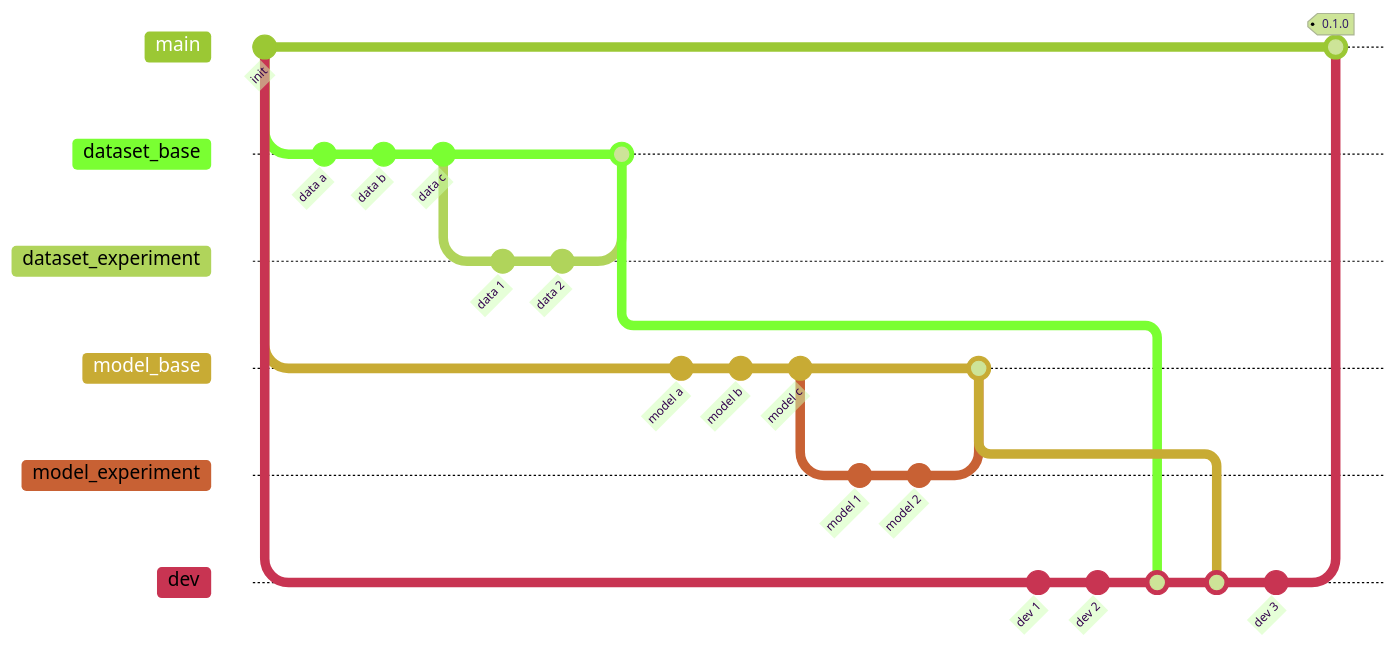
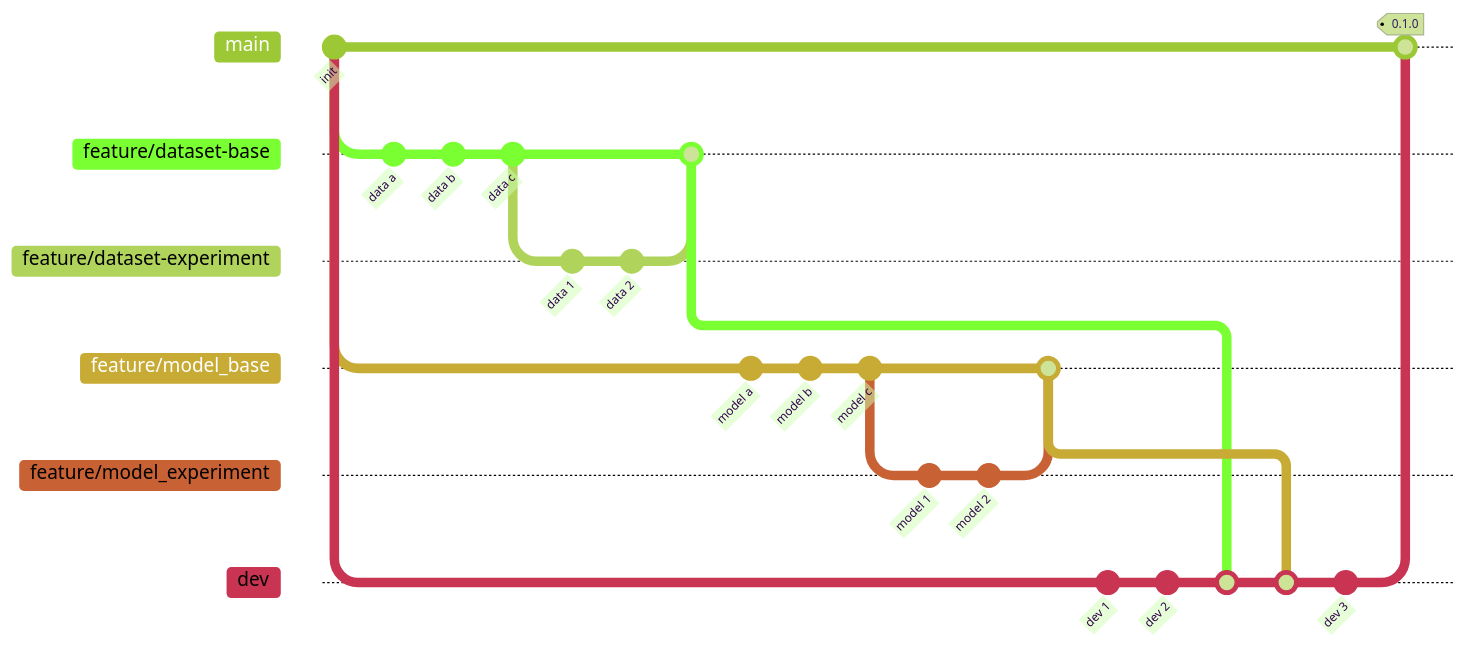
The diagram in README.md (hydra-drones/DroneRescue), drawn with Mermaid (forest theme) before and after one commit.

````diff
--- a/README.md
+++ b/README.md
@@ -33,51 +33,51 @@
 ```mermaid
 gitGraph
    commit id: "init"
 
-   branch dataset_base
-   checkout dataset_base
+   branch feature/dataset-base
+   checkout feature/dataset-base
    commit id: "data a"
    commit id: "data b"
    commit id: "data c"
 
-   branch dataset_experiment
-   checkout dataset_experiment
+   branch feature/dataset-experiment
+   checkout feature/dataset-experiment
    commit id: "data 1"
    commit id: "data 2"
-   checkout dataset_base
-   merge dataset_experiment
+   checkout feature/dataset-base
+   merge feature/dataset-experiment
 
    checkout main
 
-   branch model_base
-   checkout model_base
+   branch feature/model_base
+   checkout feature/model_base
    commit id: "model a"
    commit id: "model b"
    commit id: "model c"
 
-   branch model_experiment
-   checkout model_experiment
+   branch feature/model_experiment
+   checkout feature/model_experiment
    commit id: "model 1"
    commit id: "model 2"
-   checkout model_base
-   merge model_experiment
+   checkout feature/model_base
+   merge feature/model_experiment
 
    checkout main
 
    branch dev
    checkout dev
    commit id: "dev 1"
    commit id: "dev 2"
 
-   checkout dataset_base
+   checkout feature/dataset-base
    checkout dev
-   merge dataset_base
+   merge feature/dataset-base
 
-   checkout model_base
+   checkout feature/model_base
    checkout dev
-   merge model_base
+   merge feature/model_base
    commit id: "dev 3"
 
    checkout main
    merge dev tag: "0.1.0"
 ```
````
